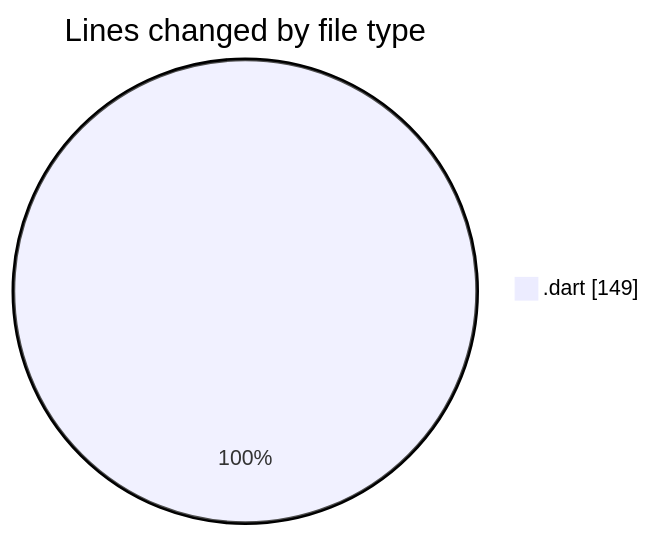
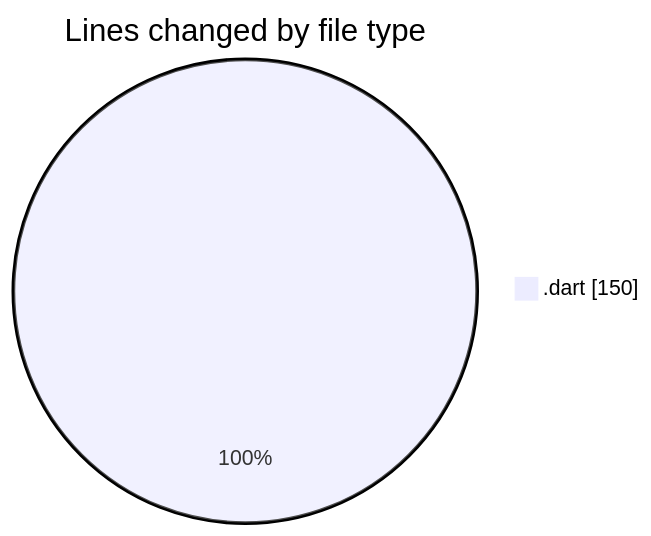
One commit to donsfak/code-tracking changed the first of 2 diagrams in 2025-01-04/trackers_app/README.md. Above: the diagram before and after it, drawn with Mermaid. The commit also changed other lines of this file and 1 other file, not shown here.

````diff
--- a/2025-01-04/trackers_app/README.md
+++ b/2025-01-04/trackers_app/README.md
@@ -21,5 +21,5 @@
 ```mermaid
 pie showData
 title Lines changed by file type
-".dart" : 149
+".dart" : 150
 ```
````
